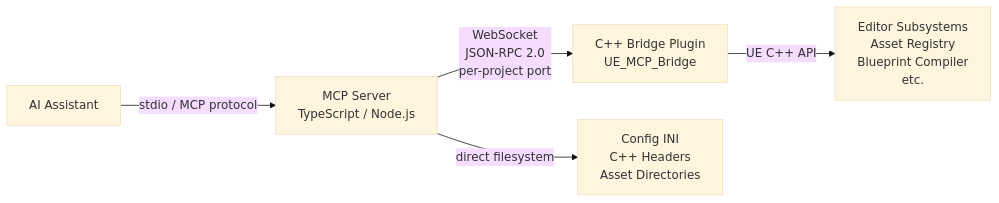
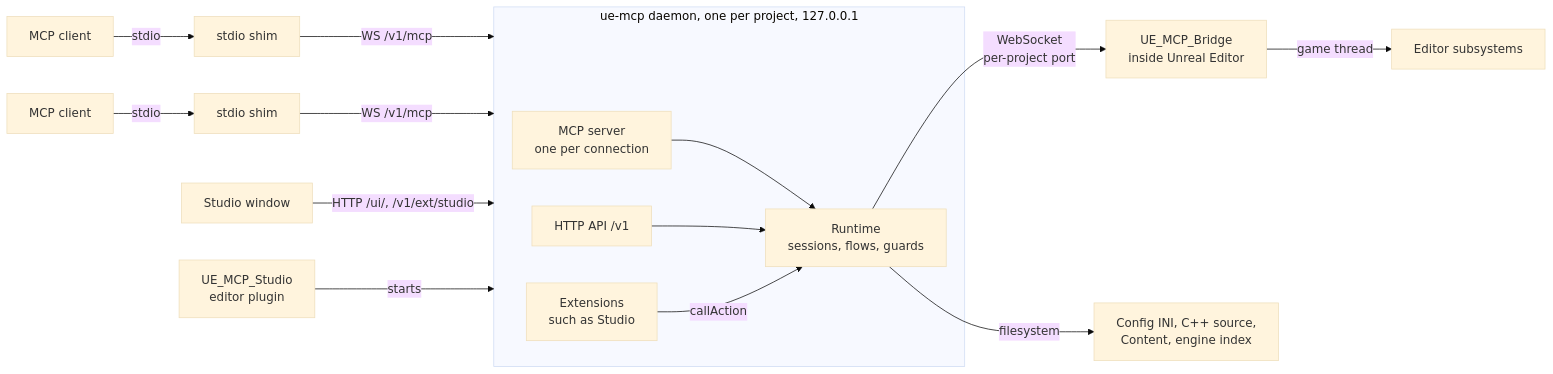
One commit to Ashish-Sakthi/ue-mcp changed the first of 2 diagrams in docs/architecture.md. Above: the diagram before and after it, drawn with Mermaid (base theme). The commit also changed other lines of this file and 36 other files, not shown here.

````diff
--- a/docs/architecture.md
+++ b/docs/architecture.md
@@ -5,7 +9,21 @@
 ```mermaid
 flowchart LR
-    AI[AI Assistant] -->|stdio / MCP protocol| MCP[MCP Server<br/>TypeScript / Node.js]
-    MCP -->|WebSocket<br/>JSON-RPC 2.0<br/>per-project port| Plugin[C++ Bridge Plugin<br/>UE_MCP_Bridge]
-    Plugin -->|UE C++ API| Engine[Editor Subsystems<br/>Asset Registry<br/>Blueprint Compiler<br/>etc.]
-    MCP -->|direct filesystem| FS[Config INI<br/>C++ Headers<br/>Asset Directories]
+    C1[MCP client] -->|stdio| S1[stdio shim]
+    C2[MCP client] -->|stdio| S2[stdio shim]
+    S1 -->|WS /v1/mcp| D
+    S2 -->|WS /v1/mcp| D
+    W[Studio window] -->|HTTP /ui/, /v1/ext/studio| D
+    SP[UE_MCP_Studio<br/>editor plugin] -->|starts| D
+    subgraph D[ue-mcp daemon, one per project, 127.0.0.1]
+        MCP[MCP server<br/>one per connection]
+        RT[Runtime<br/>sessions, flows, guards]
+        API[HTTP API /v1]
+        EXT[Extensions<br/>such as Studio]
+        MCP --> RT
+        API --> RT
+        EXT -->|callAction| RT
+    end
+    RT -->|WebSocket<br/>per-project port| B[UE_MCP_Bridge<br/>inside Unreal Editor]
+    RT -->|filesystem| FS[Config INI, C++ source,<br/>Content, engine index]
+    B -->|game thread| UE[Editor subsystems]
 ```
````
